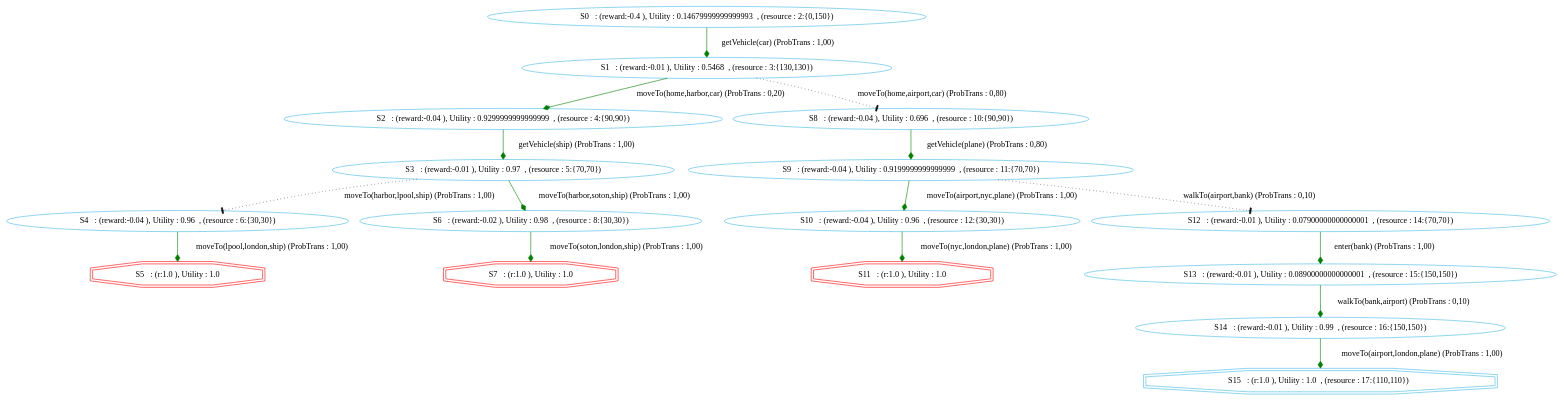
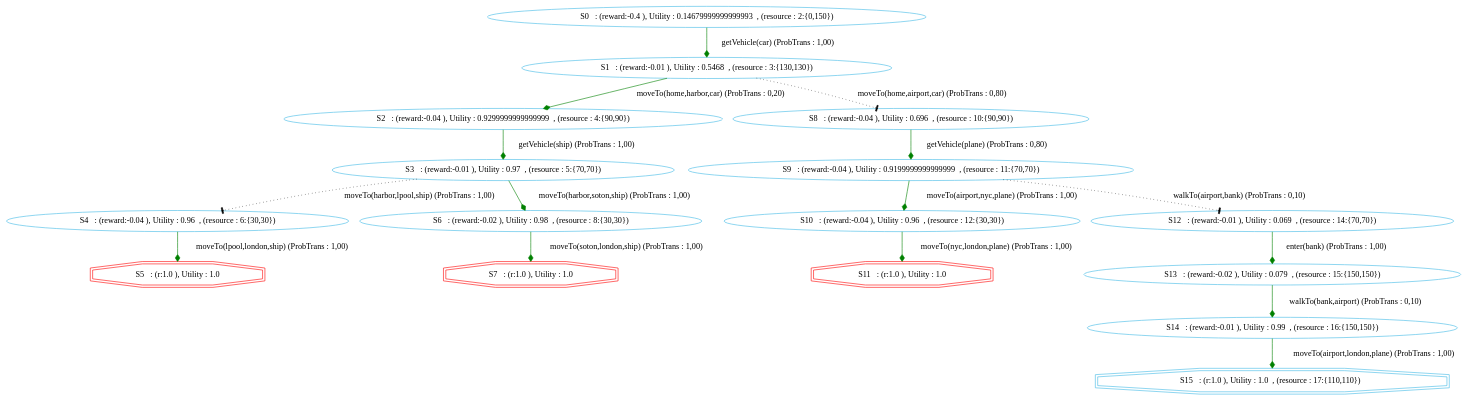
The diagram in chimp/src/main/java/examples/MDP/gotolondon/gotolondonGraphVICHIMP.dot (htiraHatem/CHIMP_MDP), drawn with Graphviz before and after one commit. The commit also changed 9 other files, not shown here.

```diff
--- a/chimp/src/main/java/examples/MDP/gotolondon/gotolondonGraphVICHIMP.dot
+++ b/chimp/src/main/java/examples/MDP/gotolondon/gotolondonGraphVICHIMP.dot
@@ -1,23 +1,23 @@
 digraph {
   node [color="#40b9e5" ]
  size="60,17";
 "5" [label=" S5   : (r:1.0 ), Utility : 1.0 " color = red ,  shape=doubleoctagon]
 "7" [label=" S7   : (r:1.0 ), Utility : 1.0 " color = red ,  shape=doubleoctagon]
 "11" [label=" S11   : (r:1.0 ), Utility : 1.0 " color = red ,  shape=doubleoctagon]
 "15" [label=" S15   : (r:1.0 ), Utility : 1.0  , (resource : 17:{110,110})  " shape=doubleoctagon];
-"0" [label=" S0   : (reward:-0.4 ), Utility : 0.14679999999999993  , (resource : 2:{0,150}) "]"1" [label=" S1   : (reward:-0.01 ), Utility : 0.5468  , (resource : 3:{130,130}) "]"2" [label=" S2   : (reward:-0.04 ), Utility : 0.9299999999999999  , (resource : 4:{90,90}) "]"3" [label=" S3   : (reward:-0.01 ), Utility : 0.97  , (resource : 5:{70,70}) "]"4" [label=" S4   : (reward:-0.04 ), Utility : 0.96  , (resource : 6:{30,30}) "]"6" [label=" S6   : (reward:-0.02 ), Utility : 0.98  , (resource : 8:{30,30}) "]"8" [label=" S8   : (reward:-0.04 ), Utility : 0.696  , (resource : 10:{90,90}) "]"9" [label=" S9   : (reward:-0.04 ), Utility : 0.9199999999999999  , (resource : 11:{70,70}) "]"10" [label=" S10   : (reward:-0.04 ), Utility : 0.96  , (resource : 12:{30,30}) "]"12" [label=" S12   : (reward:-0.01 ), Utility : 0.07900000000000001  , (resource : 14:{70,70}) "]"13" [label=" S13   : (reward:-0.01 ), Utility : 0.08900000000000001  , (resource : 15:{150,150}) "]"14" [label=" S14   : (reward:-0.01 ), Utility : 0.99  , (resource : 16:{150,150}) "]"0" -> "1" [ label="getVehicle(car) (ProbTrans : 1,00)"
+"0" [label=" S0   : (reward:-0.4 ), Utility : 0.14679999999999993  , (resource : 2:{0,150}) "]"1" [label=" S1   : (reward:-0.01 ), Utility : 0.5468  , (resource : 3:{130,130}) "]"2" [label=" S2   : (reward:-0.04 ), Utility : 0.9299999999999999  , (resource : 4:{90,90}) "]"3" [label=" S3   : (reward:-0.01 ), Utility : 0.97  , (resource : 5:{70,70}) "]"4" [label=" S4   : (reward:-0.04 ), Utility : 0.96  , (resource : 6:{30,30}) "]"6" [label=" S6   : (reward:-0.02 ), Utility : 0.98  , (resource : 8:{30,30}) "]"8" [label=" S8   : (reward:-0.04 ), Utility : 0.696  , (resource : 10:{90,90}) "]"9" [label=" S9   : (reward:-0.04 ), Utility : 0.9199999999999999  , (resource : 11:{70,70}) "]"10" [label=" S10   : (reward:-0.04 ), Utility : 0.96  , (resource : 12:{30,30}) "]"12" [label=" S12   : (reward:-0.01 ), Utility : 0.069  , (resource : 14:{70,70}) "]"13" [label=" S13   : (reward:-0.02 ), Utility : 0.079  , (resource : 15:{150,150}) "]"14" [label=" S14   : (reward:-0.01 ), Utility : 0.99  , (resource : 16:{150,150}) "]"0" -> "1" [ label="getVehicle(car) (ProbTrans : 1,00)"
 , arrowhead = diamond , color=green];"1" -> "2" [ label="moveTo(home,harbor,car) (ProbTrans : 0,20)"
 , arrowhead = diamond , color=green];"1" -> "8" [ label="moveTo(home,airport,car) (ProbTrans : 0,80)"
 ,style=dotted, arrowhead=tee];"2" -> "3" [ label="getVehicle(ship) (ProbTrans : 1,00)"
 , arrowhead = diamond , color=green];"3" -> "4" [ label="moveTo(harbor,lpool,ship) (ProbTrans : 1,00)"
 ,style=dotted, arrowhead=tee];"3" -> "6" [ label="moveTo(harbor,soton,ship) (ProbTrans : 1,00)"
 , arrowhead = diamond , color=green];"4" -> "5" [ label="moveTo(lpool,london,ship) (ProbTrans : 1,00)"
 , arrowhead = diamond , color=green];"6" -> "7" [ label="moveTo(soton,london,ship) (ProbTrans : 1,00)"
 , arrowhead = diamond , color=green];"8" -> "9" [ label="getVehicle(plane) (ProbTrans : 0,80)"
 , arrowhead = diamond , color=green];"9" -> "10" [ label="moveTo(airport,nyc,plane) (ProbTrans : 1,00)"
 , arrowhead = diamond , color=green];"9" -> "12" [ label="walkTo(airport,bank) (ProbTrans : 0,10)"
 ,style=dotted, arrowhead=tee];"10" -> "11" [ label="moveTo(nyc,london,plane) (ProbTrans : 1,00)"
 , arrowhead = diamond , color=green];"12" -> "13" [ label="enter(bank) (ProbTrans : 1,00)"
 , arrowhead = diamond , color=green];"13" -> "14" [ label="walkTo(bank,airport) (ProbTrans : 0,10)"
 , arrowhead = diamond , color=green];"14" -> "15" [ label="moveTo(airport,london,plane) (ProbTrans : 1,00)"
 , arrowhead = diamond , color=green];}
```
